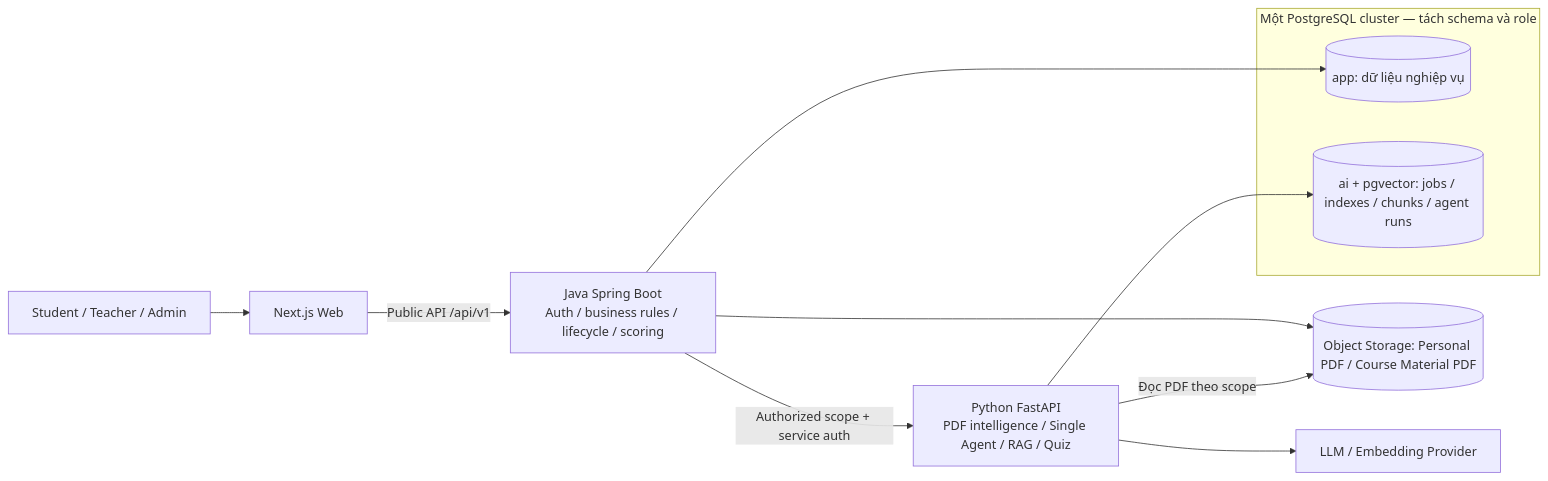
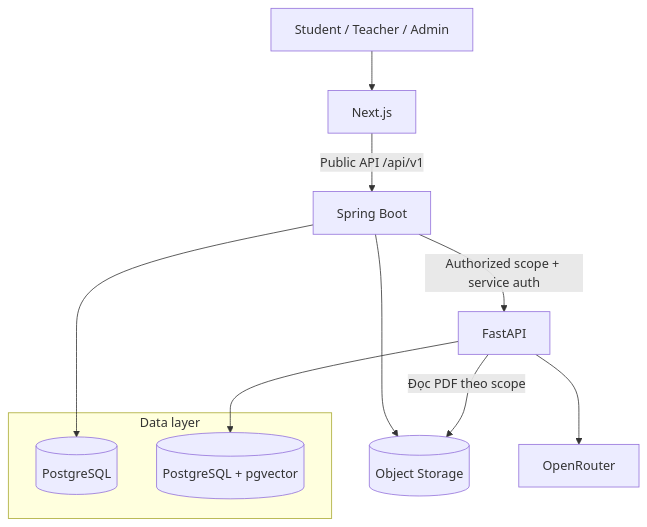
The diagram in docs/diagrams/chuong-3/component-01-kien-truc-he-thong.mmd (bch7504/DATN), drawn with Mermaid before and after one commit. The commit also changed 4 other files, not shown here.

Commit message:
docs(diagrams): simplify layered component architecture

```diff
--- a/docs/diagrams/chuong-3/component-01-kien-truc-he-thong.mmd
+++ b/docs/diagrams/chuong-3/component-01-kien-truc-he-thong.mmd
@@ -1,13 +1,13 @@
-flowchart LR
-  U["Student / Teacher / Admin"] --> W["Next.js Web"]
-  W -->|Public API /api/v1| J["Java Spring Boot<br/>Auth / business rules / lifecycle / scoring"]
-  J -->|Authorized scope + service auth| P["Python FastAPI<br/>PDF intelligence / Single Agent / RAG / Quiz"]
-  subgraph PG["Một PostgreSQL cluster — tách schema và role"]
-    APP[("app: dữ liệu nghiệp vụ")]
-    AI[("ai + pgvector: jobs / indexes / chunks / agent runs")]
+flowchart TB
+  U["Student / Teacher / Admin"] --> W["Next.js"]
+  W -->|Public API /api/v1| J["Spring Boot"]
+  J -->|Authorized scope + service auth| P["FastAPI"]
+  subgraph PG["Data layer"]
+    APP[("PostgreSQL")]
+    AI[("PostgreSQL + pgvector")]
   end
   J --> APP
   P --> AI
-  J --> O[("Object Storage: Personal PDF / Course Material PDF")]
+  J --> O[("Object Storage")]
   P -->|Đọc PDF theo scope| O
-  P --> L["LLM / Embedding Provider"]
+  P --> L["OpenRouter"]
```
